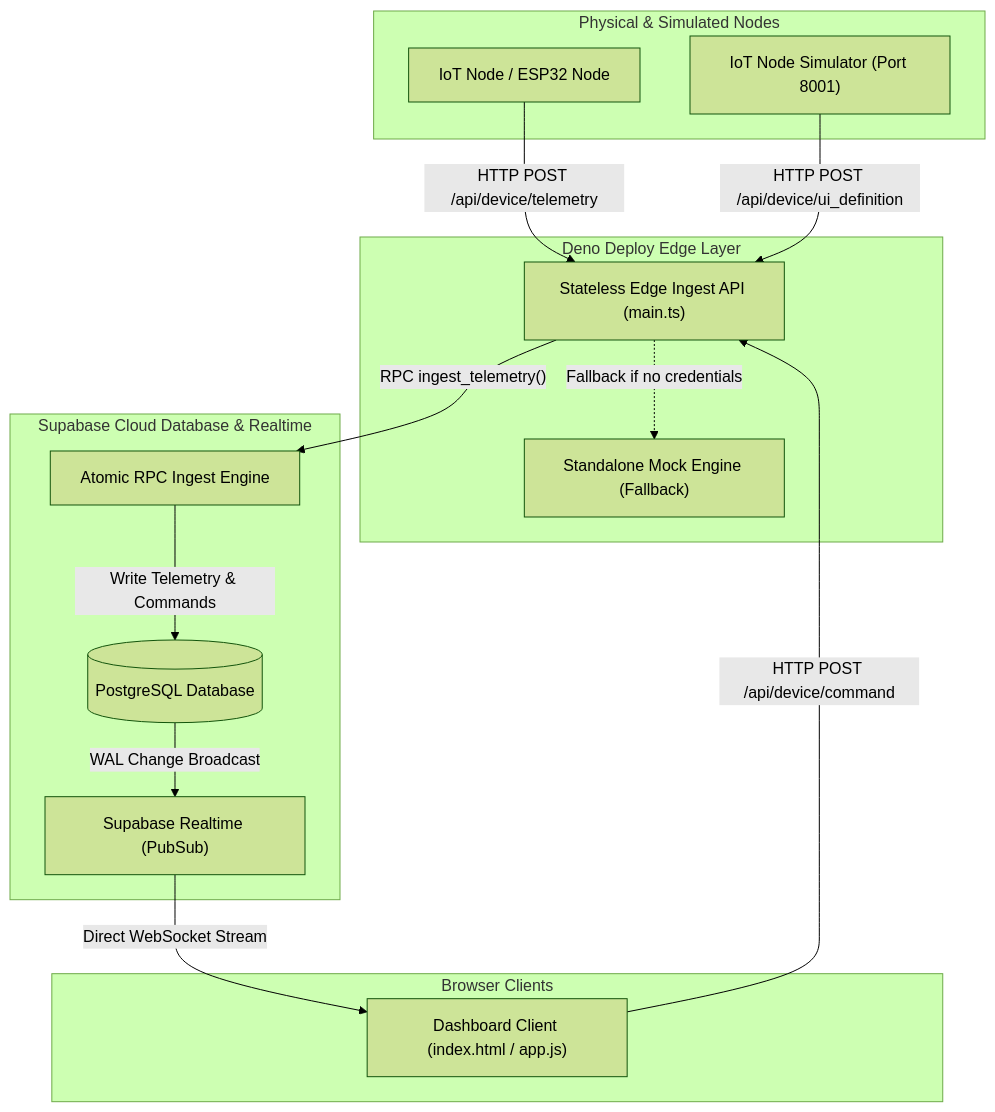
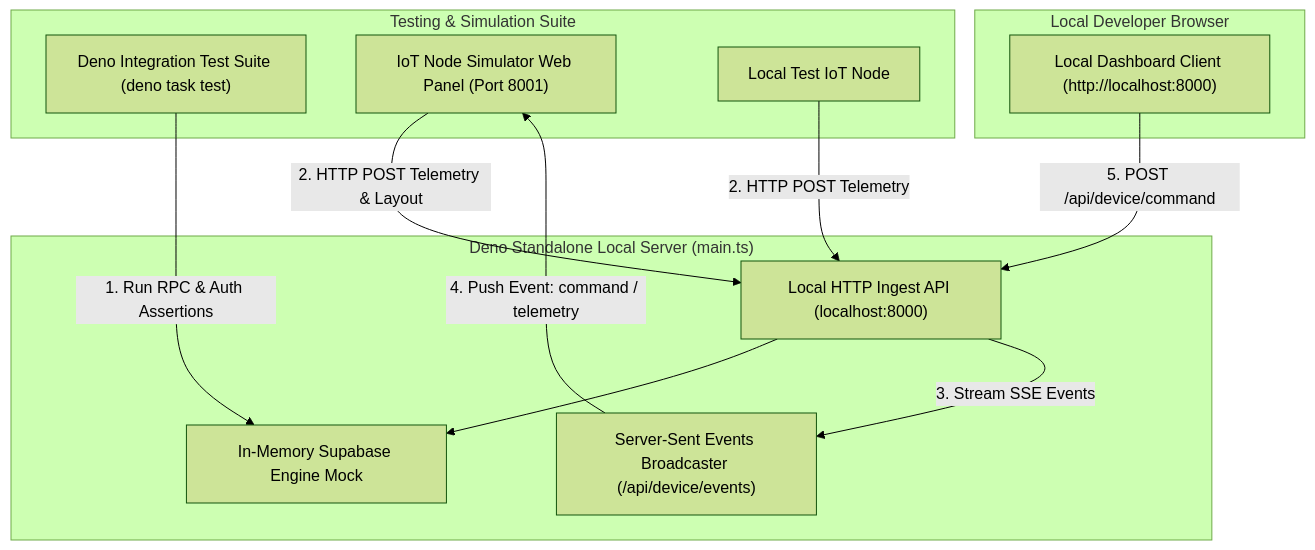
The second of 6 diagrams in spec.md (psytrap/marveluzz-hub), drawn with Mermaid (forest theme) before and after one commit. The commit also changed other lines of this file and 4 other files, not shown here.

````diff
--- a/spec.md
+++ b/spec.md
@@ -22,33 +58,27 @@
 ```mermaid
 graph TD
-    subgraph Physical & Simulated Nodes
-        IoTNode["IoT Node / ESP32 Node"]
-        EmulatorNode["IoT Node Simulator (Port 8001)"]
+    subgraph "Testing & Simulation Suite"
+        IntegrationTest["Deno Integration Test Suite (deno task test)"]
+        DeviceEmulator["IoT Node Simulator Web Panel (Port 8001)"]
+        TestNode["Local Test IoT Node"]
     end
 
-    subgraph Deno Deploy Edge Layer
-        EdgeIngest["Stateless Edge Ingest API (main.ts)"]
-        LocalMock["Standalone Mock Engine (Fallback)"]
+    subgraph "Deno Standalone Local Server (main.ts)"
+        IngestRouter["Local HTTP Ingest API (localhost:8000)"]
+        SSERegistry["Server-Sent Events Broadcaster (/api/device/events)"]
+        MockEngine["In-Memory Supabase Engine Mock"]
     end
 
-    subgraph Supabase Cloud Database & Realtime
-        SupabaseRPC["Atomic RPC Ingest Engine"]
-        PostgresDB[("PostgreSQL Database")]
-        RealtimeEngine["Supabase Realtime (PubSub)"]
+    subgraph "Local Developer Browser"
+        LocalDashboard["Local Dashboard Client (http://localhost:8000)"]
     end
 
-    subgraph Browser Clients
-        DashboardUI["Dashboard Client (index.html / app.js)"]
-    end
+    IntegrationTest -->|"1. Run RPC & Auth Assertions"| MockEngine
+    DeviceEmulator -->|"2. HTTP POST Telemetry & Layout"| IngestRouter
+    TestNode -->|"2. HTTP POST Telemetry"| IngestRouter
 
-    IoTNode -->|"HTTP POST /api/device/telemetry"| EdgeIngest
-    EmulatorNode -->|"HTTP POST /api/device/ui_definition"| EdgeIngest
-    
-    EdgeIngest -->|"RPC ingest_telemetry()"| SupabaseRPC
-    EdgeIngest -.->|"Fallback if no credentials"| LocalMock
-    
-    SupabaseRPC -->|"Write Telemetry & Commands"| PostgresDB
-    PostgresDB -->|"WAL Change Broadcast"| RealtimeEngine
-    RealtimeEngine -->|"Direct WebSocket Stream"| DashboardUI
-    DashboardUI -->|"HTTP POST /api/device/command"| EdgeIngest
+    IngestRouter --> MockEngine
+    IngestRouter -->|"3. Stream SSE Events"| SSERegistry
+    SSERegistry -->|"4. Push Event: command / telemetry"| DeviceEmulator
+    LocalDashboard -->|"5. POST /api/device/command"| IngestRouter
 ```
````
